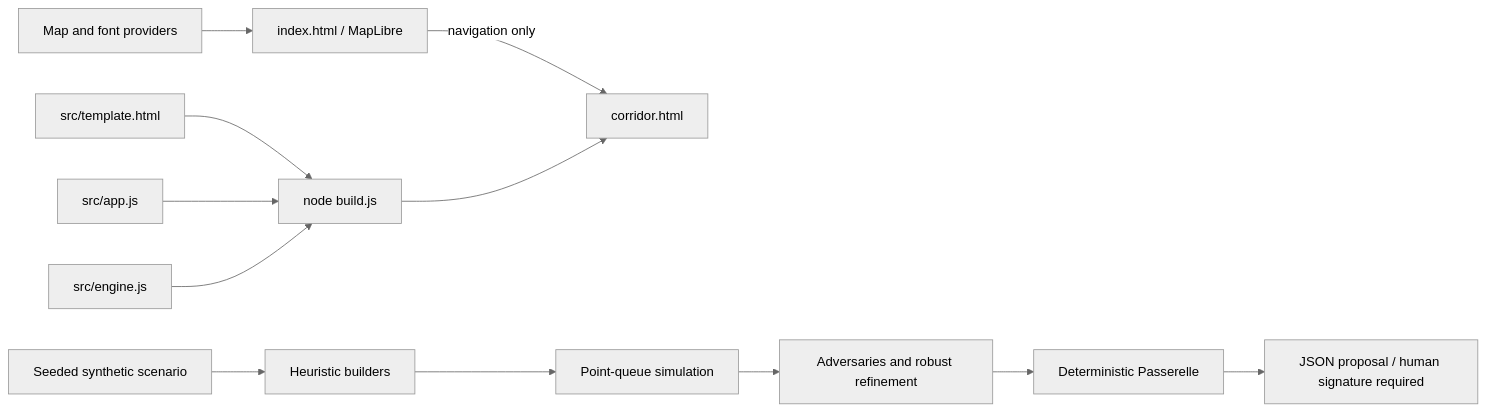
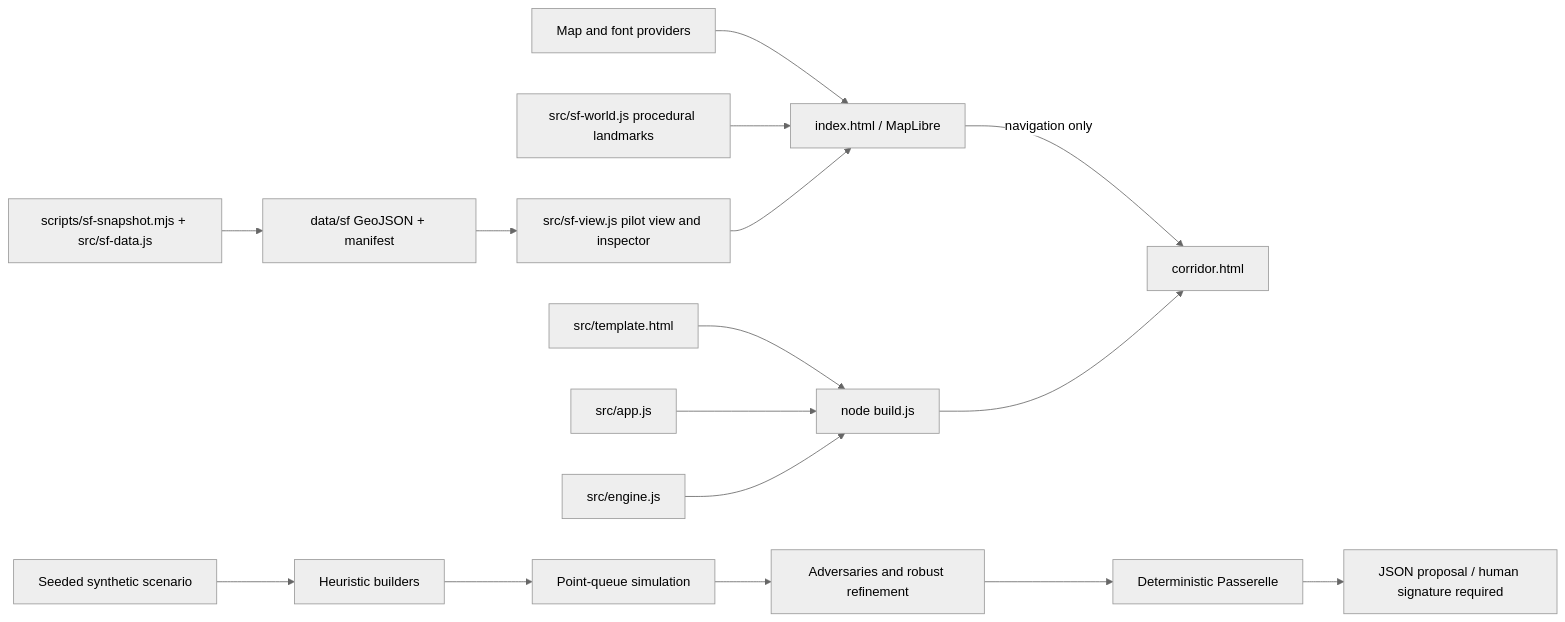
The diagram in docs/ARCHITECTURE.md (vincentleg/core), drawn with Mermaid (neutral theme) before and after one commit. The commit also changed other lines of this file and 23 other files, not shown here.

````diff
--- a/docs/ARCHITECTURE.md
+++ b/docs/ARCHITECTURE.md
@@ -7,14 +7,18 @@
 ```mermaid
 flowchart LR
   Providers[Map and font providers] --> Globe[index.html / MapLibre]
+  World[src/sf-world.js procedural landmarks] --> Globe
+  Snapshot[scripts/sf-snapshot.mjs + src/sf-data.js] --> Data[data/sf GeoJSON + manifest]
+  Data --> View[src/sf-view.js pilot view and inspector]
+  View --> Globe
   Globe -->|navigation only| Corridor[corridor.html]
   Template[src/template.html] --> Build[node build.js]
   App[src/app.js] --> Build
   Engine[src/engine.js] --> Build
   Build --> Corridor
   Scenario[Seeded synthetic scenario] --> Builders[Heuristic builders]
   Builders --> Simulator[Point-queue simulation]
   Simulator --> Stress[Adversaries and robust refinement]
   Stress --> Gateway[Deterministic Passerelle]
   Gateway --> Proposal[JSON proposal / human signature required]
 ```
````
